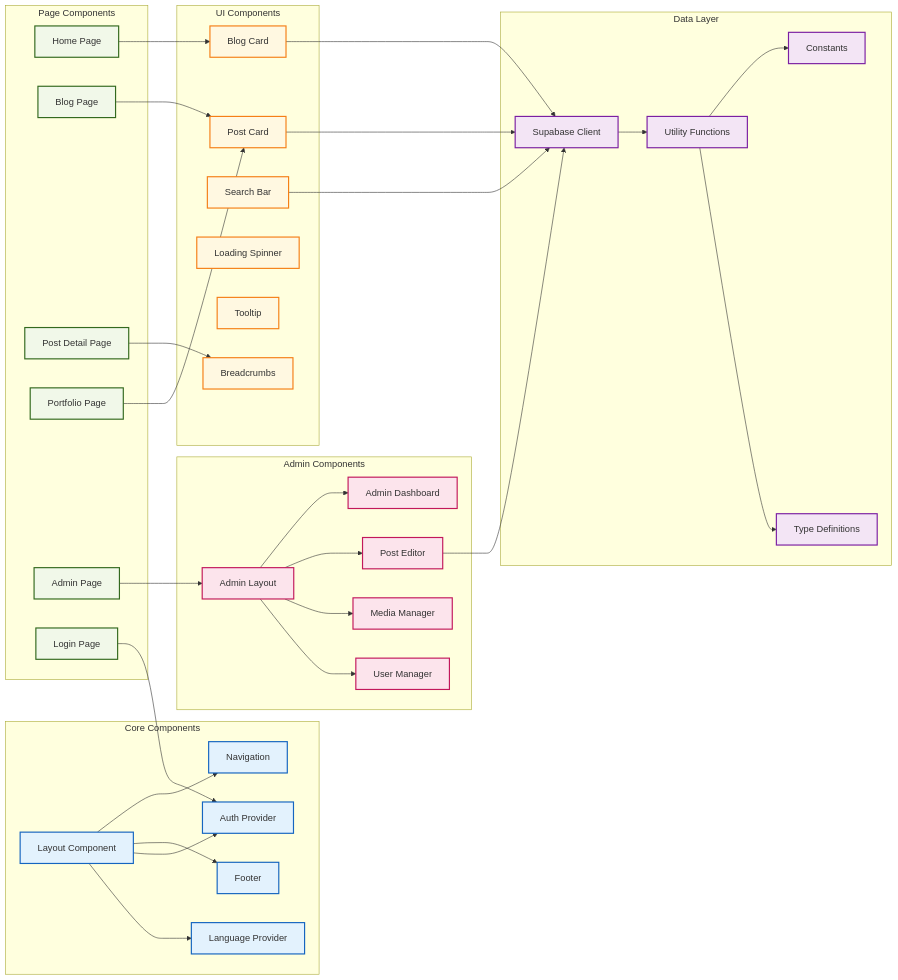
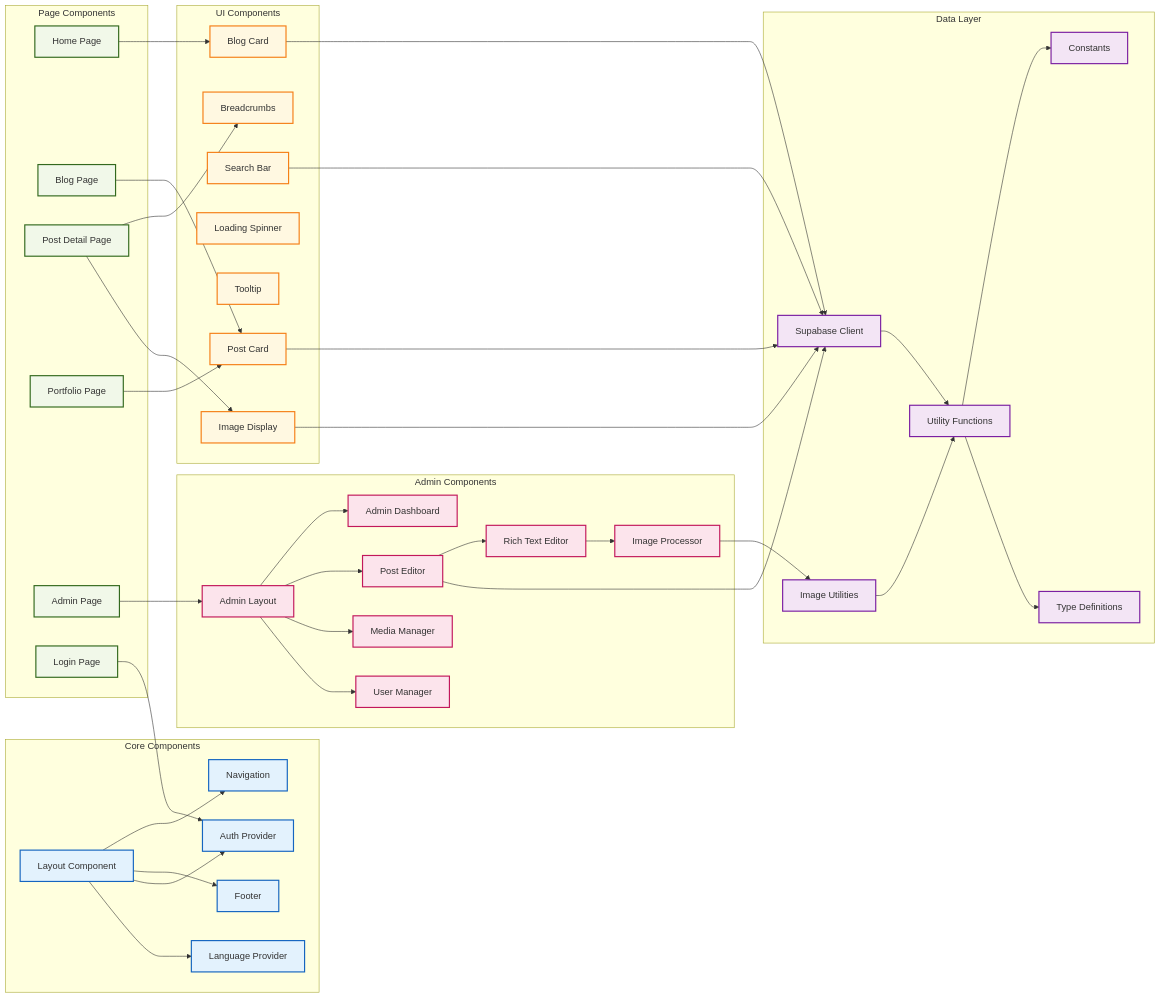
Before and after one commit to matt-dinh13/matt-dinh-blog: the second of 5 diagrams in docs/diagrams/system-architecture.md, drawn with Mermaid. The commit also changed other lines of this file and 3 other files, not shown here.

First line of the commit message:
Update documentation with image upload and display improvements

````diff
--- a/docs/diagrams/system-architecture.md
+++ b/docs/diagrams/system-architecture.md
@@ -123,6 +130,7 @@
         LoadingSpinner[Loading Spinner]
         Tooltip[Tooltip]
         Breadcrumbs[Breadcrumbs]
+        ImageDisplay[Image Display]
     end
 
     %% Admin Components
@@ -130,8 +138,10 @@
         AdminLayout[Admin Layout]
         AdminDashboard[Admin Dashboard]
         PostEditor[Post Editor]
+        RichTextEditor[Rich Text Editor]
         MediaManager[Media Manager]
         UserManager[User Manager]
+        ImageProcessor[Image Processor]
     end
 
     %% Data Layer
@@ -140,6 +150,7 @@
         Utils[Utility Functions]
         Constants[Constants]
         Types[Type Definitions]
+        ImageUtils[Image Utilities]
     end
 
     %% Connections
@@ -151,6 +162,7 @@
     HomePage --> BlogCard
     BlogPage --> PostCard
     PostPage --> Breadcrumbs
+    PostPage --> ImageDisplay
     PortfolioPage --> PostCard
     AdminPage --> AdminLayout
     LoginPage --> AuthProvider
@@ -160,14 +172,20 @@
     AdminLayout --> MediaManager
     AdminLayout --> UserManager
 
+    PostEditor --> RichTextEditor
+    RichTextEditor --> ImageProcessor
+    ImageProcessor --> ImageUtils
+
     BlogCard --> SupabaseClient
     PostCard --> SupabaseClient
     SearchBar --> SupabaseClient
     PostEditor --> SupabaseClient
+    ImageDisplay --> SupabaseClient
 
     SupabaseClient --> Utils
     Utils --> Constants
     Utils --> Types
+    ImageUtils --> Utils
 
     %% Styling
     classDef coreClass fill:#e3f2fd,stroke:#1565c0,stroke-width:2px
@@ -178,7 +196,7 @@
 
     class Layout,Navigation,Footer,AuthProvider,LanguageProvider coreClass
     class HomePage,BlogPage,PostPage,PortfolioPage,AdminPage,LoginPage pageClass
-    class BlogCard,PostCard,SearchBar,LoadingSpinner,Tooltip,Breadcrumbs uiClass
-    class AdminLayout,AdminDashboard,PostEditor,MediaManager,UserManager adminClass
-    class SupabaseClient,Utils,Constants,Types dataClass
+    class BlogCard,PostCard,SearchBar,LoadingSpinner,Tooltip,Breadcrumbs,ImageDisplay uiClass
+    class AdminLayout,AdminDashboard,PostEditor,RichTextEditor,MediaManager,UserManager,ImageProcessor adminClass
+    class SupabaseClient,Utils,Constants,Types,ImageUtils dataClass
 ```
````
